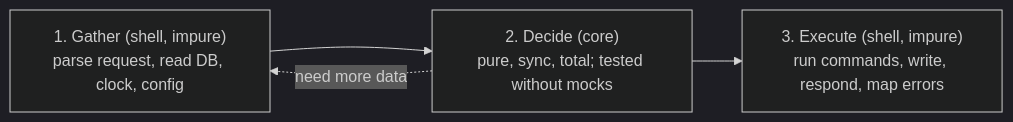
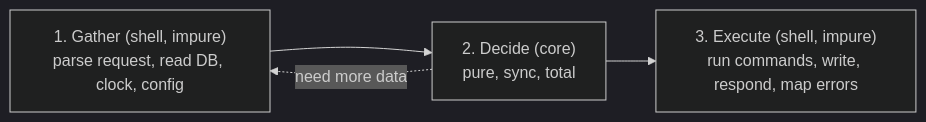
One commit to douglasduteil/dotfiles changed the diagram in agents/.config/agents/skills/x-ts-constitution/SKILL.md. Above: the diagram before and after it, drawn with Mermaid (dark theme). The commit also changed other lines of this file and 6 other files, not shown here.

````diff
--- a/agents/.config/agents/skills/x-ts-constitution/SKILL.md
+++ b/agents/.config/agents/skills/x-ts-constitution/SKILL.md
@@ -49,6 +50,6 @@
 ```mermaid
 flowchart LR
-  G["1. Gather (shell, impure)<br/>parse request, read DB, clock, config"] --> D["2. Decide (core)<br/>pure, sync, total; tested without mocks"]
+  G["1. Gather (shell, impure)<br/>parse request, read DB, clock, config"] --> D["2. Decide (core)<br/>pure, sync, total"]
   D --> E["3. Execute (shell, impure)<br/>run commands, write, respond, map errors"]
   D -. "need more data" .-> G
 ```
````
